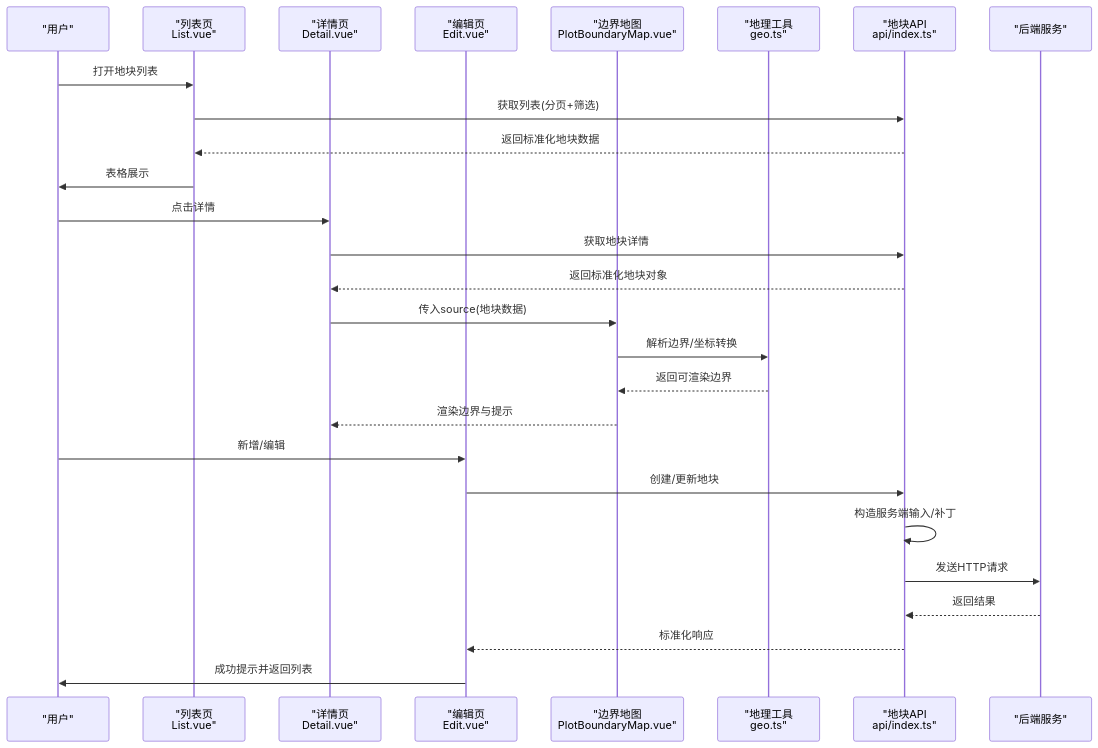
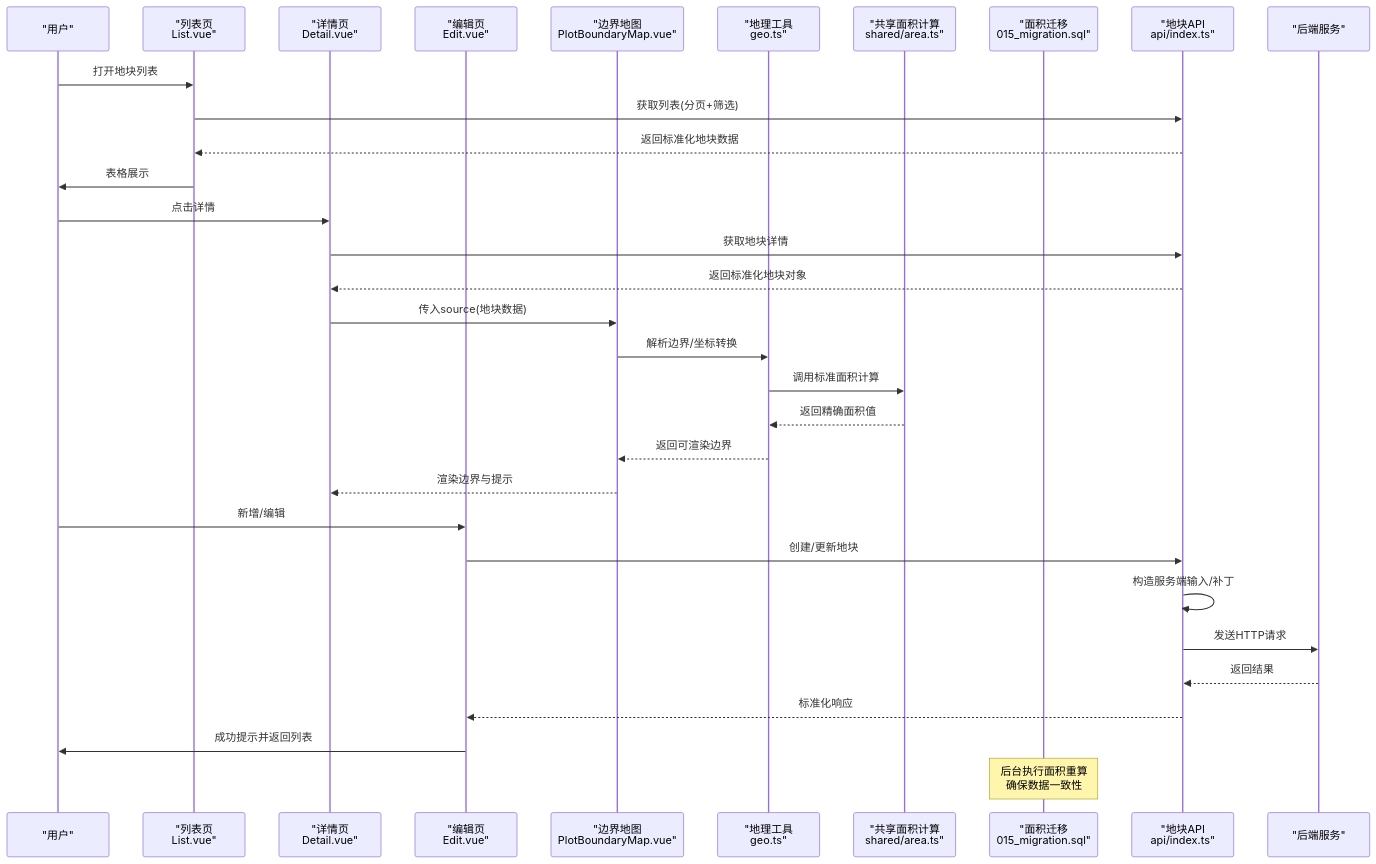
Before and after one commit to q446328246/agri-platform: the second of 10 diagrams in .qoder/repowiki/zh/content/前端应用文档/核心页面/地块管理页面/地块管理页面.md, drawn with Mermaid. The commit also changed other lines of this file and 37 other files, not shown here.

````diff
--- a/.qoder/repowiki/zh/content/前端应用文档/核心页面/地块管理页面/地块管理页面.md
+++ b/.qoder/repowiki/zh/content/前端应用文档/核心页面/地块管理页面/地块管理页面.md
@@ -124,29 +148,34 @@
 ```mermaid
 sequenceDiagram
 participant User as "用户"
 participant List as "列表页<br/>List.vue"
 participant Detail as "详情页<br/>Detail.vue"
 participant Edit as "编辑页<br/>Edit.vue"
 participant Map as "边界地图<br/>PlotBoundaryMap.vue"
 participant Utils as "地理工具<br/>geo.ts"
+participant Shared as "共享面积计算<br/>shared/area.ts"
+participant Migration as "面积迁移<br/>015_migration.sql"
 participant Api as "地块API<br/>api/index.ts"
 participant Server as "后端服务"
 User->>List : 打开地块列表
 List->>Api : 获取列表(分页+筛选)
 Api-->>List : 返回标准化地块数据
 List->>User : 表格展示
 User->>Detail : 点击详情
 Detail->>Api : 获取地块详情
 Api-->>Detail : 返回标准化地块对象
 Detail->>Map : 传入source(地块数据)
 Map->>Utils : 解析边界/坐标转换
+Utils->>Shared : 调用标准面积计算
+Shared-->>Utils : 返回精确面积值
 Utils-->>Map : 返回可渲染边界
 Map-->>Detail : 渲染边界与提示
 User->>Edit : 新增/编辑
 Edit->>Api : 创建/更新地块
 Api->>Api : 构造服务端输入/补丁
 Api->>Server : 发送HTTP请求
 Server-->>Api : 返回结果
 Api-->>Edit : 标准化响应
 Edit->>User : 成功提示并返回列表
+Note over Migration : 后台执行面积重算<br/>确保数据一致性
 ```
````
